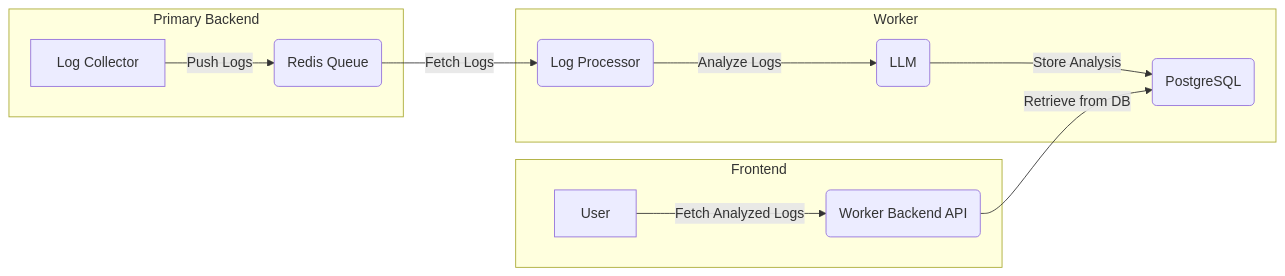
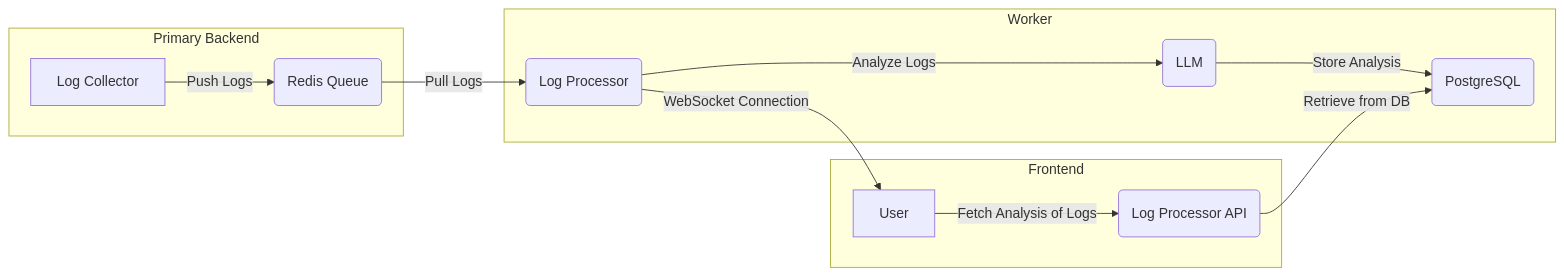
The diagram in README.md (ronitsharma03/AI-powered-log-monitoring-and-analysis), drawn with Mermaid before and after one commit.

Commit message:
Updating arch design

````diff
--- a/README.md
+++ b/README.md
@@ -48,17 +48,18 @@
 ```mermaid
 flowchart LR
     subgraph Primary Backend
         A[Log Collector] --> |Push Logs| B(Redis Queue)
     end
     
     subgraph Worker
-        B --> |Fetch Logs| C(Log Processor)
+        B --> |Pull Logs| C(Log Processor)
         C --> |Analyze Logs| D(LLM)
         D --> |Store Analysis| E(PostgreSQL)
     end
     
     subgraph Frontend
-        F[User] --> |Fetch Analyzed Logs| G(Worker Backend API)
+        F[User] --> |Fetch Analysis of Logs| G(Log Processor API)
         G --> |Retrieve from DB| E
+        C --> |WebSocket Connection | F
     end
 ```
````
